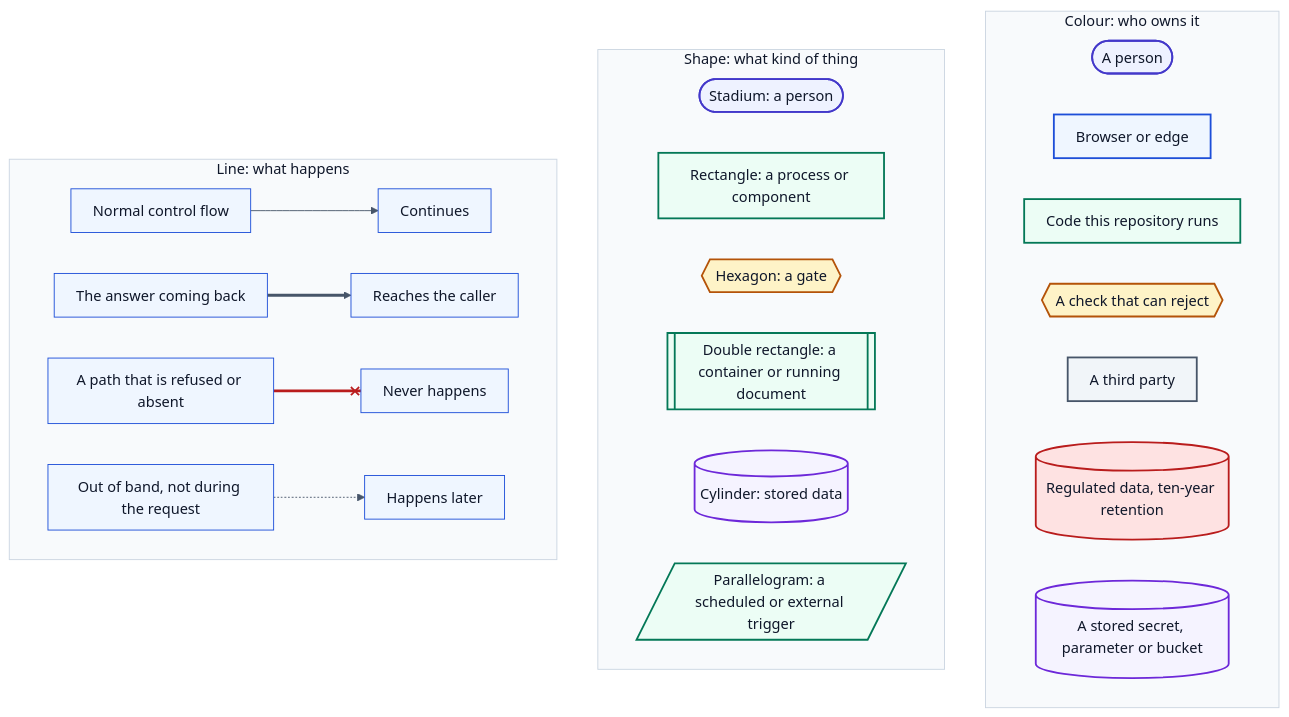
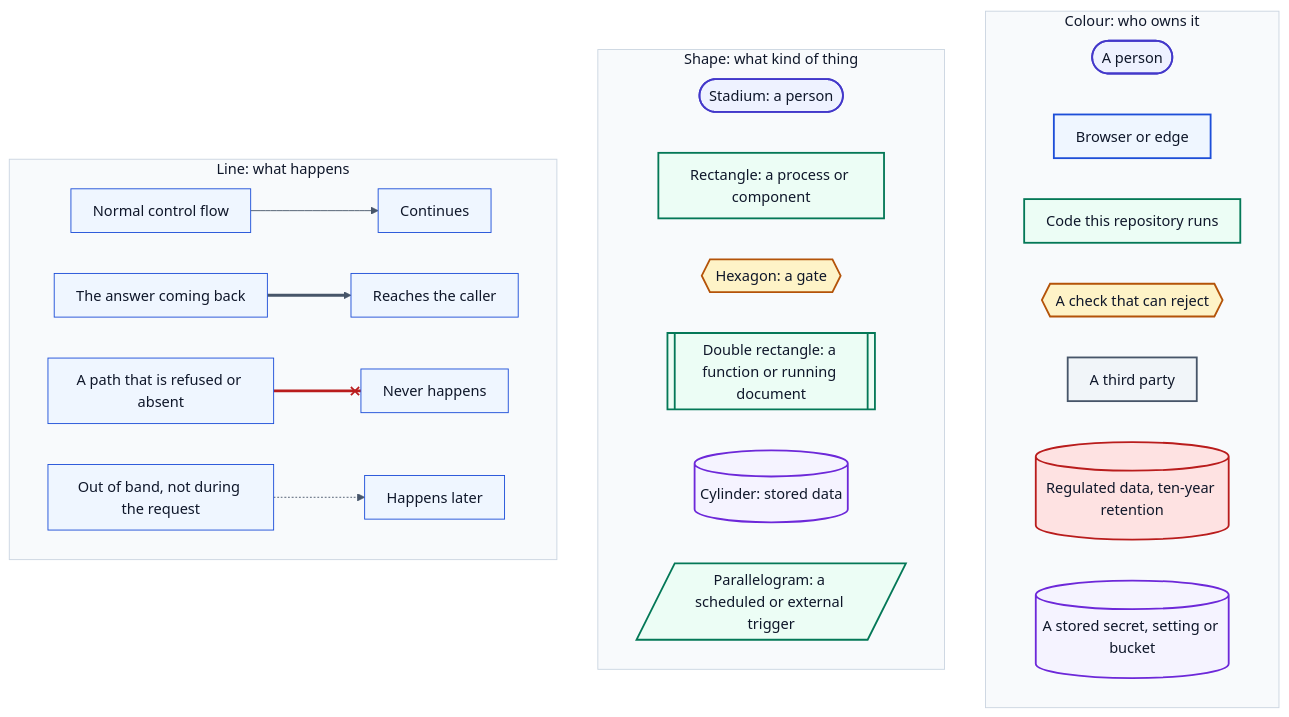
The diagram in docs/diagrams/LEGEND.mmd (marc-mccarthy/legacy-benefits-mn), drawn with Mermaid before and after one commit. The commit also changed 10 other files, not shown here.

Commit message:
docs: redraw diagrams against the current infra and code

```diff
--- a/docs/diagrams/LEGEND.mmd
+++ b/docs/diagrams/LEGEND.mmd
@@ -1,70 +1,70 @@
 %%{init: {"theme":"base","themeVariables":{"fontFamily":"Helvetica Neue, Helvetica, Arial, sans-serif","fontSize":"16px","textColor":"#0F172A","background":"#FFFFFF","lineColor":"#475569","mainBkg":"#EFF6FF","nodeBorder":"#1D4ED8","primaryColor":"#EFF6FF","primaryBorderColor":"#1D4ED8","primaryTextColor":"#0F172A","secondaryColor":"#F1F5F9","secondaryBorderColor":"#475569","secondaryTextColor":"#0F172A","tertiaryColor":"#F8FAFC","tertiaryBorderColor":"#CBD5E1","tertiaryTextColor":"#0F172A","clusterBkg":"#F8FAFC","clusterBorder":"#CBD5E1","edgeLabelBackground":"#FFFFFF","actorBkg":"#EEF2FF","actorBorder":"#4338CA","actorTextColor":"#0F172A","signalColor":"#475569","signalTextColor":"#0F172A","noteBkgColor":"#FEF3C7","noteBorderColor":"#B45309","noteTextColor":"#0F172A","activationBkgColor":"#ECFDF5","activationBorderColor":"#047857","labelBoxBkgColor":"#FEF3C7","labelBoxBorderColor":"#B45309","sequenceNumberColor":"#FFFFFF"},"flowchart":{"htmlLabels":false,"curve":"basis","nodeSpacing":45,"rankSpacing":60,"padding":12},"sequence":{"useMaxWidth":false,"htmlLabels":false,"mirrorActors":false,"wrap":true,"width":190}}}%%
 flowchart TB
 accTitle: What every shape, colour and line style in this atlas means
 accDescr {
-  The key to the other eight figures. Colour carries who owns a thing: indigo for
+  The key to the other seven figures. Colour carries who owns a thing: indigo for
   a person, blue for something in the visitor's browser or at the edge, green for
   code this repository owns and runs, amber for a check that is allowed to reject,
   grey for a third party, red for regulated data under the ten-year retention
-  obligation, violet for a stored artifact such as a secret, a parameter or a
+  obligation, violet for a stored artifact such as a secret, a setting or a
   bucket. Shape carries what kind of thing it is: a rounded stadium is a person, a
   rectangle is a process or a component, a hexagon is a gate, a double rectangle
-  is a container or a document that runs, a cylinder is stored data, and a
+  is a function or a document that runs, a cylinder is stored data, and a
   parallelogram is a scheduled or external trigger. Line style carries what
   happens: a plain arrow is normal flow, a thick arrow is the answer coming back,
   a crossed arrow is a path that is refused or deliberately absent, and a dotted
   arrow is something that happens out of band rather than during the request. A
   red line is drawn wherever the thing being refused is the point of the figure.
 }
 
 subgraph colours ["Colour: who owns it"]
   cHuman([A person])
   cClient[Browser or edge]
   cOurs[Code this repository runs]
   cGuard{{A check that can reject}}
   cVendor[A third party]
   cPhi[("Regulated data, ten-year retention")]
-  cArtifact[("A stored secret, parameter or bucket")]
+  cArtifact[("A stored secret, setting or bucket")]
 end
 
 subgraph shapes ["Shape: what kind of thing"]
   sPerson([Stadium: a person])
   sProcess[Rectangle: a process or component]
   sGate{{Hexagon: a gate}}
-  sContainer[[Double rectangle: a container or running document]]
+  sContainer[[Double rectangle: a function or running document]]
   sStore[("Cylinder: stored data")]
   sTrigger[/"Parallelogram: a scheduled or external trigger"/]
 end
 
 subgraph lines ["Line: what happens"]
   lFromA[Normal control flow]
   lToA[Continues]
   lFromB[The answer coming back]
   lToB[Reaches the caller]
   lFromC[A path that is refused or absent]
   lToC[Never happens]
   lFromD[Out of band, not during the request]
   lToD[Happens later]
 end
 
 lFromA --> lToA
 lFromB ==> lToB
 lFromC --x lToC
 lFromD -.-> lToD
 
 classDef human    fill:#EEF2FF,stroke:#4338CA,stroke-width:2px,color:#0F172A
 classDef client   fill:#EFF6FF,stroke:#1D4ED8,stroke-width:2px,color:#0F172A
 classDef ours     fill:#ECFDF5,stroke:#047857,stroke-width:2px,color:#0F172A
 classDef guard    fill:#FEF3C7,stroke:#B45309,stroke-width:2px,color:#0F172A
 classDef vendor   fill:#F1F5F9,stroke:#475569,stroke-width:2px,color:#0F172A
 classDef phi      fill:#FEE2E2,stroke:#B91C1C,stroke-width:2px,color:#0F172A
 classDef artifact fill:#F5F3FF,stroke:#6D28D9,stroke-width:2px,color:#0F172A
 
 class cHuman,sPerson human
 class cClient client
 class cOurs,sProcess,sContainer,sTrigger ours
 class cGuard,sGate guard
 class cVendor vendor
 class cPhi phi
 class cArtifact,sStore artifact
 linkStyle 2 stroke:#B91C1C,stroke-width:3px
```
